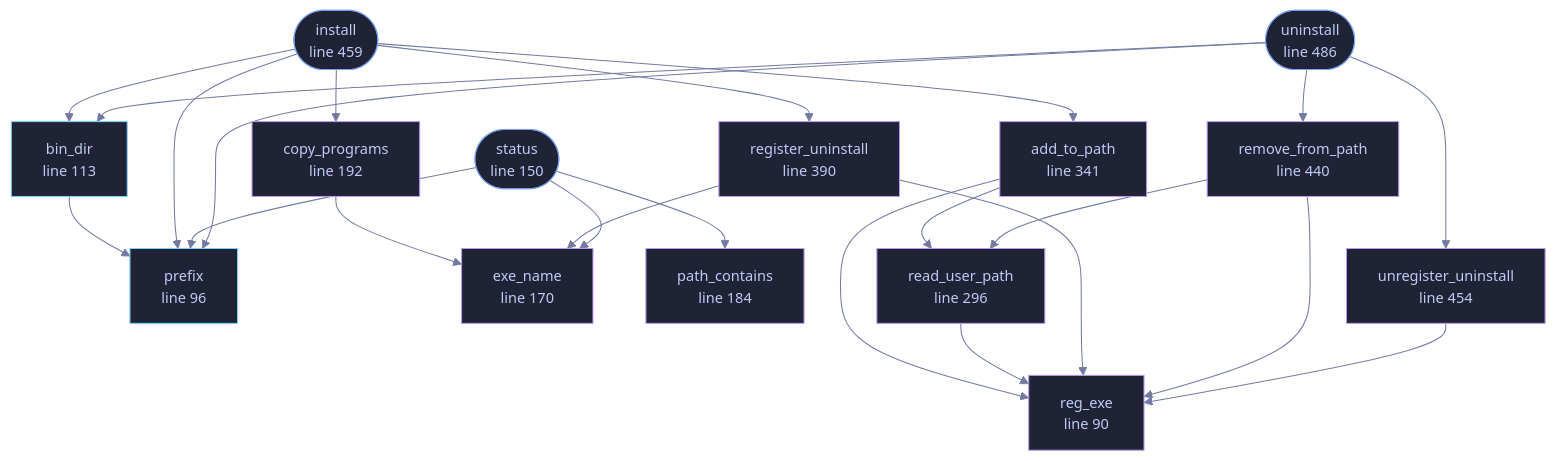
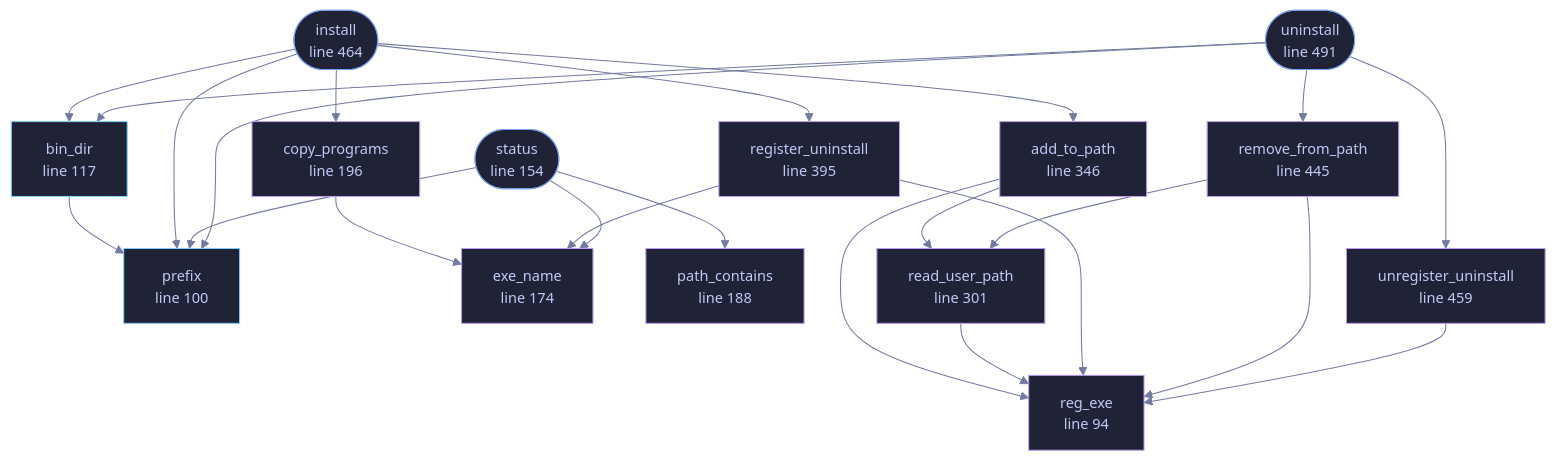
One commit to tilas01/veilvoice changed the diagram in docs/files/veilvoice-setup/install.md. Above: the diagram before and after it, drawn with Mermaid. The commit also changed other lines of this file and 60 other files, not shown here.

````diff
--- a/docs/files/veilvoice-setup/install.md
+++ b/docs/files/veilvoice-setup/install.md
@@ -131,68 +131,68 @@
 ```mermaid
 %%{init: {"theme":"base","themeVariables":{"background":"#1a1b26","primaryColor":"#1f2335","primaryTextColor":"#c0caf5","primaryBorderColor":"#7aa2f7","secondaryColor":"#16161e","tertiaryColor":"#16161e","lineColor":"#737aa2","textColor":"#c0caf5","mainBkg":"#1f2335","nodeBorder":"#7aa2f7","clusterBkg":"#16161e","clusterBorder":"#2f3549","fontFamily":"ui-monospace, SFMono-Regular, Consolas, monospace","fontSize":"14px"}}}%%
 flowchart TD
-    n_reg_exe["reg_exe<br/>line 90"]
-    n_prefix["prefix<br/>line 96"]
-    n_bin_dir["bin_dir<br/>line 113"]
-    n_status(["status<br/>line 150"])
-    n_exe_name["exe_name<br/>line 170"]
-    n_path_contains["path_contains<br/>line 184"]
-    n_copy_programs["copy_programs<br/>line 192"]
-    n_add_to_path["add_to_path<br/>line 234"]
-    n_read_user_path["read_user_path<br/>line 296"]
-    n_add_to_path["add_to_path<br/>line 341"]
-    n_register_uninstall["register_uninstall<br/>line 351"]
-    n_register_uninstall["register_uninstall<br/>line 390"]
-    n_remove_from_path["remove_from_path<br/>line 395"]
-    n_remove_from_path["remove_from_path<br/>line 440"]
-    n_unregister_uninstall["unregister_uninstall<br/>line 445"]
-    n_unregister_uninstall["unregister_uninstall<br/>line 454"]
-    n_install(["install<br/>line 459"])
-    n_uninstall(["uninstall<br/>line 486"])
+    n_reg_exe["reg_exe<br/>line 94"]
+    n_prefix["prefix<br/>line 100"]
+    n_bin_dir["bin_dir<br/>line 117"]
+    n_status(["status<br/>line 154"])
+    n_exe_name["exe_name<br/>line 174"]
+    n_path_contains["path_contains<br/>line 188"]
+    n_copy_programs["copy_programs<br/>line 196"]
+    n_add_to_path["add_to_path<br/>line 239"]
+    n_read_user_path["read_user_path<br/>line 301"]
+    n_add_to_path["add_to_path<br/>line 346"]
+    n_register_uninstall["register_uninstall<br/>line 356"]
+    n_register_uninstall["register_uninstall<br/>line 395"]
+    n_remove_from_path["remove_from_path<br/>line 400"]
+    n_remove_from_path["remove_from_path<br/>line 445"]
+    n_unregister_uninstall["unregister_uninstall<br/>line 450"]
+    n_unregister_uninstall["unregister_uninstall<br/>line 459"]
+    n_install(["install<br/>line 464"])
+    n_uninstall(["uninstall<br/>line 491"])
     n_add_to_path --> n_read_user_path
     n_add_to_path --> n_reg_exe
     n_bin_dir --> n_prefix
     n_copy_programs --> n_exe_name
     n_install --> n_add_to_path
     n_install --> n_bin_dir
     n_install --> n_copy_programs
     n_install --> n_prefix
     n_install --> n_register_uninstall
     n_read_user_path --> n_reg_exe
     n_register_uninstall --> n_exe_name
     n_register_uninstall --> n_reg_exe
     n_remove_from_path --> n_read_user_path
     n_remove_from_path --> n_reg_exe
     n_status --> n_exe_name
     n_status --> n_path_contains
     n_status --> n_prefix
     n_uninstall --> n_bin_dir
     n_uninstall --> n_prefix
     n_uninstall --> n_remove_from_path
     n_uninstall --> n_unregister_uninstall
     n_unregister_uninstall --> n_reg_exe
-    click n_reg_exe href "https://github.com/tilas01/veilvoice/blob/main/crates/veilvoice-setup/src/install.rs#L90" "open the source"
-    click n_prefix href "https://github.com/tilas01/veilvoice/blob/main/crates/veilvoice-setup/src/install.rs#L96" "open the source"
-    click n_bin_dir href "https://github.com/tilas01/veilvoice/blob/main/crates/veilvoice-setup/src/install.rs#L113" "open the source"
-    click n_status href "https://github.com/tilas01/veilvoice/blob/main/crates/veilvoice-setup/src/install.rs#L150" "open the source"
-    click n_exe_name href "https://github.com/tilas01/veilvoice/blob/main/crates/veilvoice-setup/src/install.rs#L170" "open the source"
-    click n_path_contains href "https://github.com/tilas01/veilvoice/blob/main/crates/veilvoice-setup/src/install.rs#L184" "open the source"
-    click n_copy_programs href "https://github.com/tilas01/veilvoice/blob/main/crates/veilvoice-setup/src/install.rs#L192" "open the source"
-    click n_add_to_path href "https://github.com/tilas01/veilvoice/blob/main/crates/veilvoice-setup/src/install.rs#L234" "open the source"
-    click n_read_user_path href "https://github.com/tilas01/veilvoice/blob/main/crates/veilvoice-setup/src/install.rs#L296" "open the source"
-    click n_add_to_path href "https://github.com/tilas01/veilvoice/blob/main/crates/veilvoice-setup/src/install.rs#L341" "open the source"
-    click n_register_uninstall href "https://github.com/tilas01/veilvoice/blob/main/crates/veilvoice-setup/src/install.rs#L351" "open the source"
-    click n_register_uninstall href "https://github.com/tilas01/veilvoice/blob/main/crates/veilvoice-setup/src/install.rs#L390" "open the source"
-    click n_remove_from_path href "https://github.com/tilas01/veilvoice/blob/main/crates/veilvoice-setup/src/install.rs#L395" "open the source"
-    click n_remove_from_path href "https://github.com/tilas01/veilvoice/blob/main/crates/veilvoice-setup/src/install.rs#L440" "open the source"
-    click n_unregister_uninstall href "https://github.com/tilas01/veilvoice/blob/main/crates/veilvoice-setup/src/install.rs#L445" "open the source"
-    click n_unregister_uninstall href "https://github.com/tilas01/veilvoice/blob/main/crates/veilvoice-setup/src/install.rs#L454" "open the source"
-    click n_install href "https://github.com/tilas01/veilvoice/blob/main/crates/veilvoice-setup/src/install.rs#L459" "open the source"
-    click n_uninstall href "https://github.com/tilas01/veilvoice/blob/main/crates/veilvoice-setup/src/install.rs#L486" "open the source"
+    click n_reg_exe href "https://github.com/tilas01/veilvoice/blob/main/crates/veilvoice-setup/src/install.rs#L94" "open the source"
+    click n_prefix href "https://github.com/tilas01/veilvoice/blob/main/crates/veilvoice-setup/src/install.rs#L100" "open the source"
+    click n_bin_dir href "https://github.com/tilas01/veilvoice/blob/main/crates/veilvoice-setup/src/install.rs#L117" "open the source"
+    click n_status href "https://github.com/tilas01/veilvoice/blob/main/crates/veilvoice-setup/src/install.rs#L154" "open the source"
+    click n_exe_name href "https://github.com/tilas01/veilvoice/blob/main/crates/veilvoice-setup/src/install.rs#L174" "open the source"
+    click n_path_contains href "https://github.com/tilas01/veilvoice/blob/main/crates/veilvoice-setup/src/install.rs#L188" "open the source"
+    click n_copy_programs href "https://github.com/tilas01/veilvoice/blob/main/crates/veilvoice-setup/src/install.rs#L196" "open the source"
+    click n_add_to_path href "https://github.com/tilas01/veilvoice/blob/main/crates/veilvoice-setup/src/install.rs#L239" "open the source"
+    click n_read_user_path href "https://github.com/tilas01/veilvoice/blob/main/crates/veilvoice-setup/src/install.rs#L301" "open the source"
+    click n_add_to_path href "https://github.com/tilas01/veilvoice/blob/main/crates/veilvoice-setup/src/install.rs#L346" "open the source"
+    click n_register_uninstall href "https://github.com/tilas01/veilvoice/blob/main/crates/veilvoice-setup/src/install.rs#L356" "open the source"
+    click n_register_uninstall href "https://github.com/tilas01/veilvoice/blob/main/crates/veilvoice-setup/src/install.rs#L395" "open the source"
+    click n_remove_from_path href "https://github.com/tilas01/veilvoice/blob/main/crates/veilvoice-setup/src/install.rs#L400" "open the source"
+    click n_remove_from_path href "https://github.com/tilas01/veilvoice/blob/main/crates/veilvoice-setup/src/install.rs#L445" "open the source"
+    click n_unregister_uninstall href "https://github.com/tilas01/veilvoice/blob/main/crates/veilvoice-setup/src/install.rs#L450" "open the source"
+    click n_unregister_uninstall href "https://github.com/tilas01/veilvoice/blob/main/crates/veilvoice-setup/src/install.rs#L459" "open the source"
+    click n_install href "https://github.com/tilas01/veilvoice/blob/main/crates/veilvoice-setup/src/install.rs#L464" "open the source"
+    click n_uninstall href "https://github.com/tilas01/veilvoice/blob/main/crates/veilvoice-setup/src/install.rs#L491" "open the source"
     classDef entry fill:#1f2335,stroke:#7aa2f7,color:#c0caf5
     class n_status,n_install,n_uninstall entry
     classDef api fill:#1f2335,stroke:#7dcfff,color:#c0caf5
     class n_prefix,n_bin_dir api
     classDef helper fill:#1f2335,stroke:#bb9af7,color:#c0caf5
     class n_reg_exe,n_exe_name,n_path_contains,n_copy_programs,n_add_to_path,n_read_user_path,n_add_to_path,n_register_uninstall,n_register_uninstall,n_remove_from_path,n_remove_from_path,n_unregister_uninstall,n_unregister_uninstall helper
 ```
````
